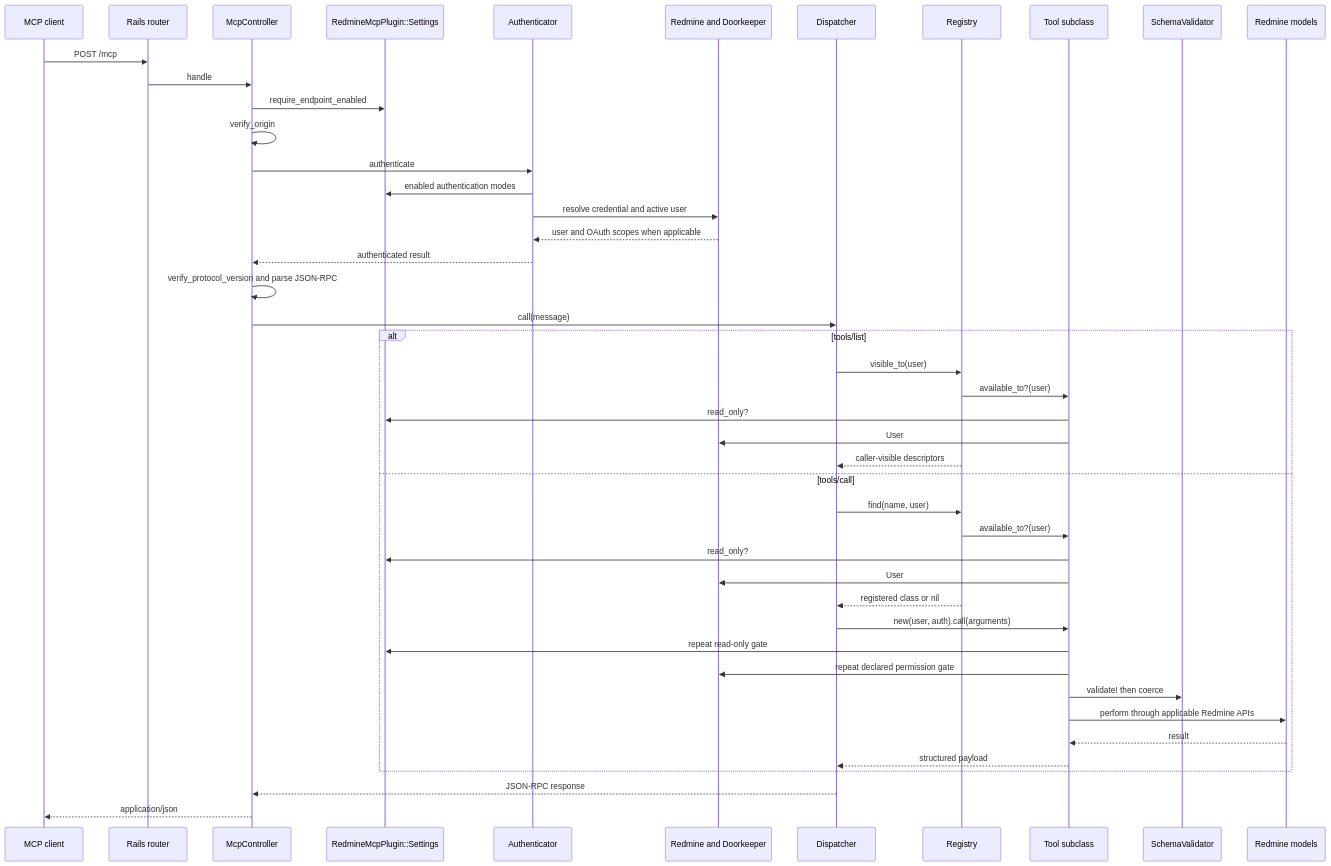
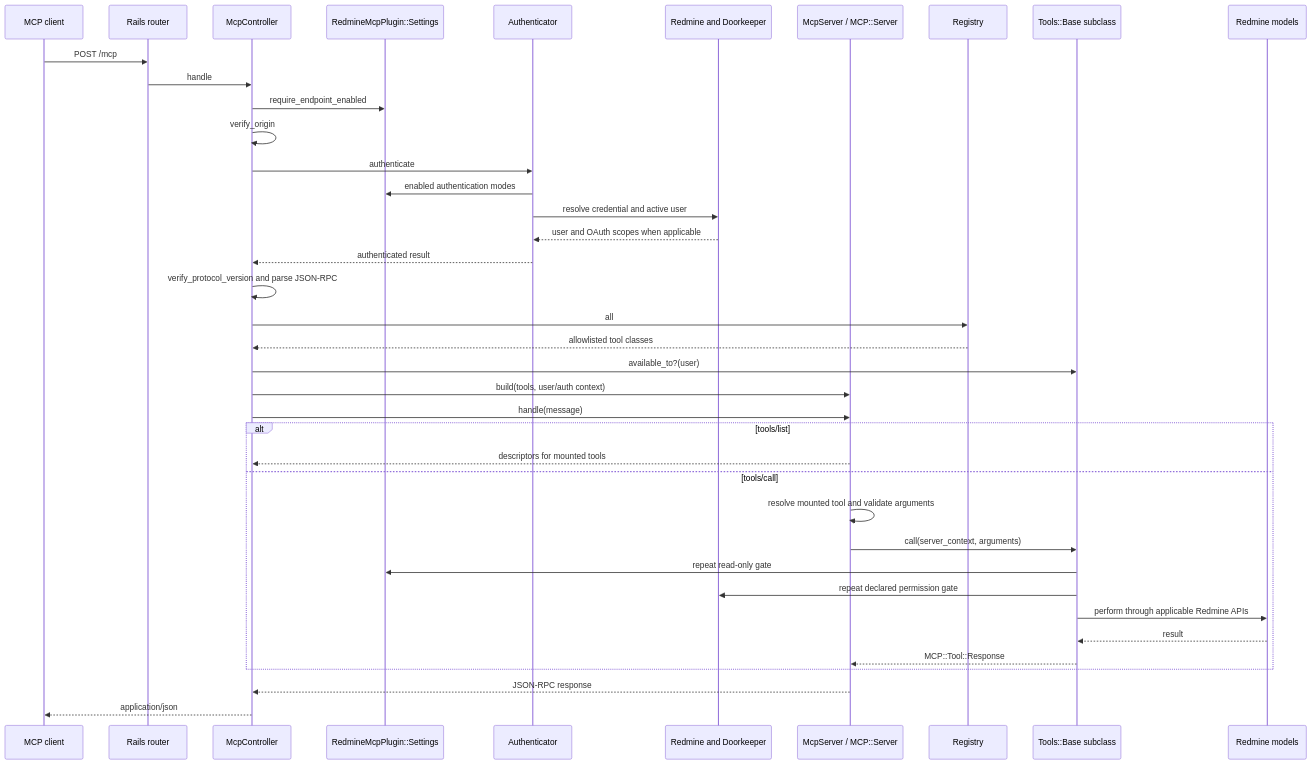
One commit to arthuursantos/redmine_mcp_plugin changed the second of 2 diagrams in ARCHITECTURE.md. Above: the diagram before and after it, drawn with Mermaid. The commit also changed other lines of this file and 32 other files, not shown here.

Commit message:
refactor(mcp): migrate protocol core to SDK

````diff
--- a/ARCHITECTURE.md
+++ b/ARCHITECTURE.md
@@ -73,50 +73,44 @@
 ```mermaid
 sequenceDiagram
   participant C as MCP client
   participant R as Rails router
   participant MC as McpController
   participant S as RedmineMcpPlugin::Settings
   participant A as Authenticator
   participant H as Redmine and Doorkeeper
-  participant D as Dispatcher
+  participant SDK as McpServer / MCP::Server
   participant G as Registry
-  participant T as Tool subclass
-  participant V as SchemaValidator
+  participant T as Tools::Base subclass
   participant M as Redmine models
 
   C->>R: POST /mcp
   R->>MC: handle
   MC->>S: require_endpoint_enabled
   MC->>MC: verify_origin
   MC->>A: authenticate
   A->>S: enabled authentication modes
   A->>H: resolve credential and active user
   H-->>A: user and OAuth scopes when applicable
   A-->>MC: authenticated result
   MC->>MC: verify_protocol_version and parse JSON-RPC
-  MC->>D: call(message)
+  MC->>G: all
+  G-->>MC: allowlisted tool classes
+  MC->>T: available_to?(user)
+  MC->>SDK: build(tools, user/auth context)
+  MC->>SDK: handle(message)
 
   alt tools/list
-    D->>G: visible_to(user)
-    G->>T: available_to?(user)
-    T->>S: read_only?
-    T->>H: User#allowed_to? when permission declared
-    G-->>D: caller-visible descriptors
+    SDK-->>MC: descriptors for mounted tools
   else tools/call
-    D->>G: find(name, user)
-    G->>T: available_to?(user)
-    T->>S: read_only?
-    T->>H: User#allowed_to? when permission declared
-    G-->>D: registered class or nil
-    D->>T: new(user, auth).call(arguments)
+    SDK->>SDK: resolve mounted tool and validate arguments
+    SDK->>T: call(server_context, arguments)
     T->>S: repeat read-only gate
     T->>H: repeat declared permission gate
-    T->>V: validate! then coerce
     T->>M: perform through applicable Redmine APIs
     M-->>T: result
-    T-->>D: structured payload
+    T-->>SDK: MCP::Tool::Response
   end
 
-  D-->>MC: JSON-RPC response
+  SDK-->>MC: JSON-RPC response
   MC-->>C: application/json
 ```
````
